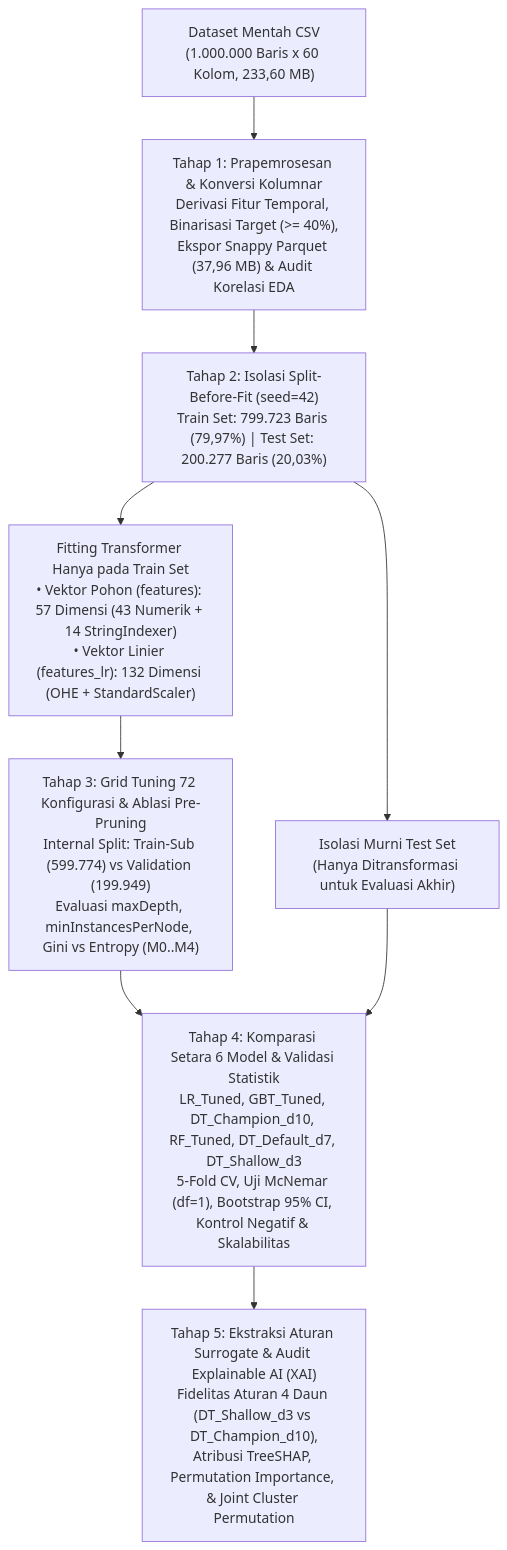
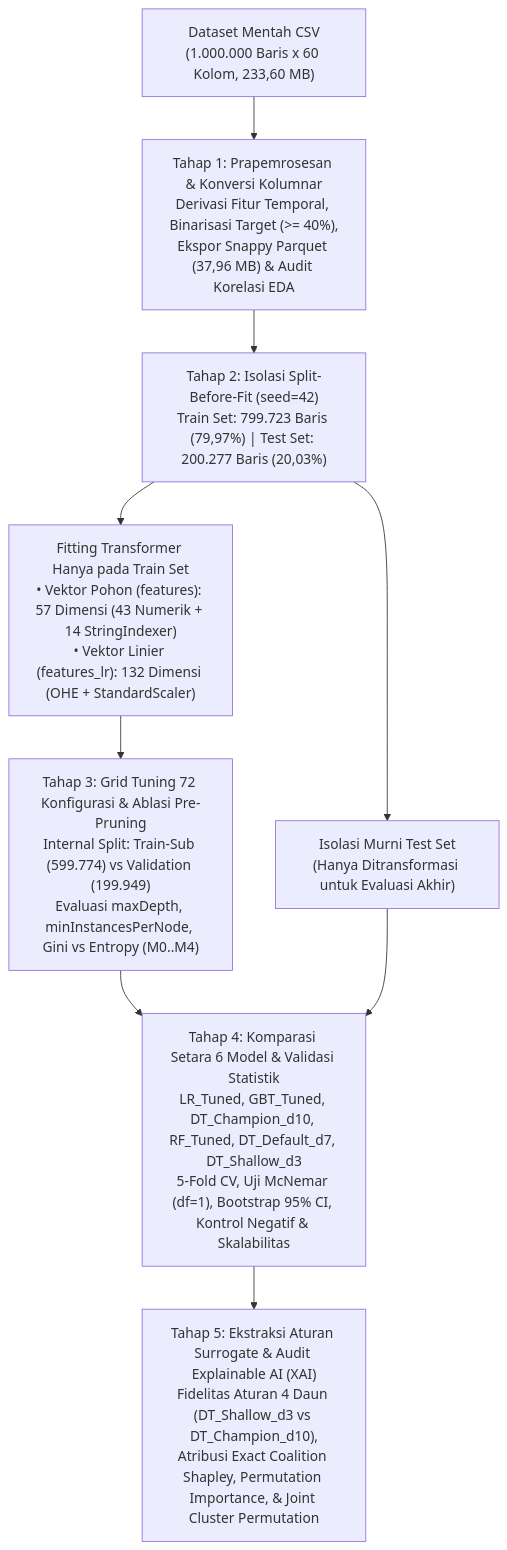
The diagram in docs/10_MANUSCRIPT_DRAFT_JIKO.md (ClaveAP/bigdata8), drawn with Mermaid before and after one commit. The commit also changed other lines of this file and 9 other files, not shown here.

Commit message:
docs: replace TreeSHAP with Coalition Shapley, explain CV-vs-test shifts, and document a priori & K-Means framing

````diff
--- a/docs/10_MANUSCRIPT_DRAFT_JIKO.md
+++ b/docs/10_MANUSCRIPT_DRAFT_JIKO.md
@@ -38,11 +38,11 @@
 ```mermaid
 flowchart TD
     A["Dataset Mentah CSV<br/>(1.000.000 Baris x 60 Kolom, 233,60 MB)"] --> B["Tahap 1: Prapemrosesan & Konversi Kolumnar<br/>Derivasi Fitur Temporal, Binarisasi Target (>= 40%),<br/>Ekspor Snappy Parquet (37,96 MB) & Audit Korelasi EDA"]
     B --> C["Tahap 2: Isolasi Split-Before-Fit (seed=42)<br/>Train Set: 799.723 Baris (79,97%) | Test Set: 200.277 Baris (20,03%)"]
     C --> D1["Fitting Transformer Hanya pada Train Set<br/>• Vektor Pohon (features): 57 Dimensi (43 Numerik + 14 StringIndexer)<br/>• Vektor Linier (features_lr): 132 Dimensi (OHE + StandardScaler)"]
     C --> D2["Isolasi Murni Test Set<br/>(Hanya Ditransformasi untuk Evaluasi Akhir)"]
     D1 --> E["Tahap 3: Grid Tuning 72 Konfigurasi & Ablasi Pre-Pruning<br/>Internal Split: Train-Sub (599.774) vs Validation (199.949)<br/>Evaluasi maxDepth, minInstancesPerNode, Gini vs Entropy (M0..M4)"]
     E --> F["Tahap 4: Komparasi Setara 6 Model & Validasi Statistik<br/>LR_Tuned, GBT_Tuned, DT_Champion_d10, RF_Tuned, DT_Default_d7, DT_Shallow_d3<br/>5-Fold CV, Uji McNemar (df=1), Bootstrap 95% CI, Kontrol Negatif & Skalabilitas"]
     D2 --> F
-    F --> G["Tahap 5: Ekstraksi Aturan Surrogate & Audit Explainable AI (XAI)<br/>Fidelitas Aturan 4 Daun (DT_Shallow_d3 vs DT_Champion_d10),<br/>Atribusi TreeSHAP, Permutation Importance, & Joint Cluster Permutation"]
+    F --> G["Tahap 5: Ekstraksi Aturan Surrogate & Audit Explainable AI (XAI)<br/>Fidelitas Aturan 4 Daun (DT_Shallow_d3 vs DT_Champion_d10),<br/>Atribusi Exact Coalition Shapley, Permutation Importance, & Joint Cluster Permutation"]
 ```
````
